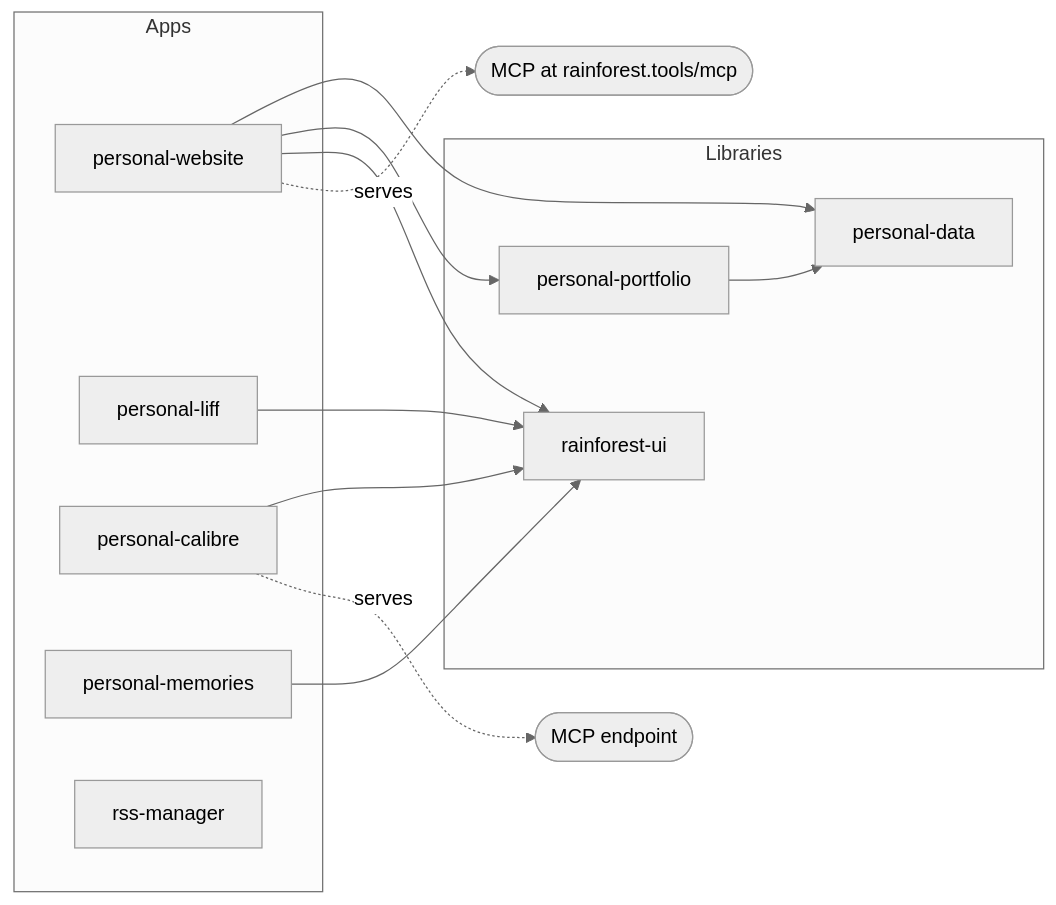
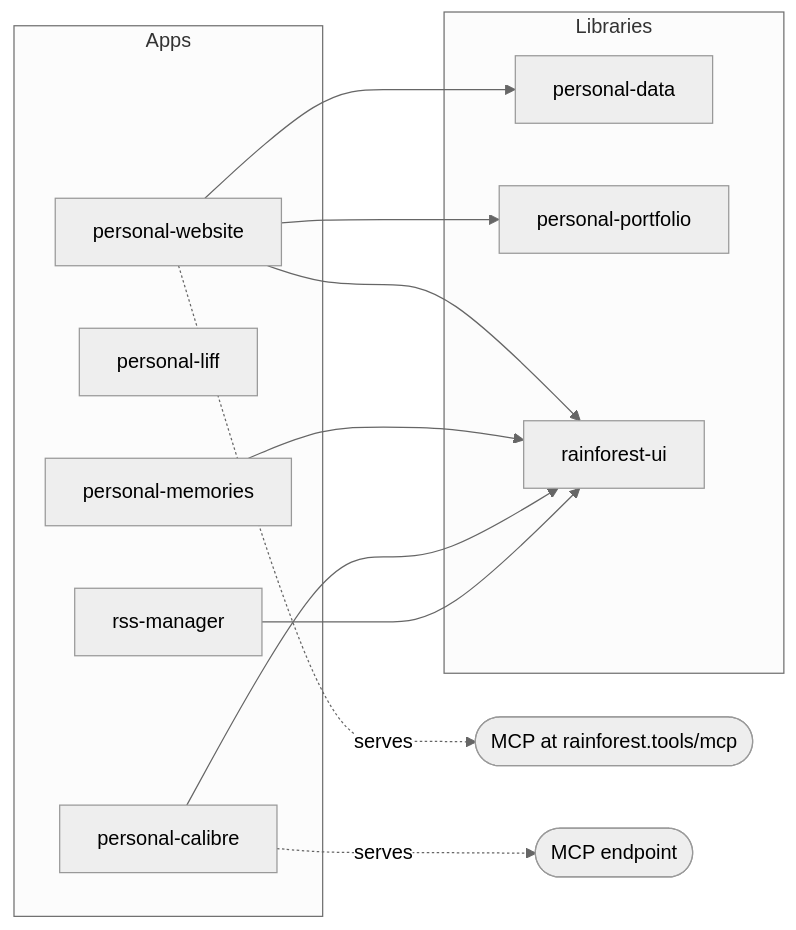
One commit to rainforest-dev/rainforest-monorepo changed the first of 2 diagrams in README.md. Above: the diagram before and after it, drawn with Mermaid (neutral theme). The commit also changed other lines of this file, not shown here.

````diff
--- a/README.md
+++ b/README.md
@@ -29,24 +30,23 @@
 ```mermaid
 graph LR
   subgraph Apps
     W[personal-website]
     L[personal-liff]
     C[personal-calibre]
     M[personal-memories]
     R[rss-manager]
   end
   subgraph Libraries
     PD[personal-data]
     PP[personal-portfolio]
     UI[rainforest-ui]
   end
   W --> PD
   W --> PP
   W --> UI
-  PP --> PD
-  L --> UI
   M --> UI
   C --> UI
+  R --> UI
   W -. serves .-> MCP([MCP at rainforest.tools/mcp])
   C -. serves .-> MCP2([MCP endpoint])
 ```
````
